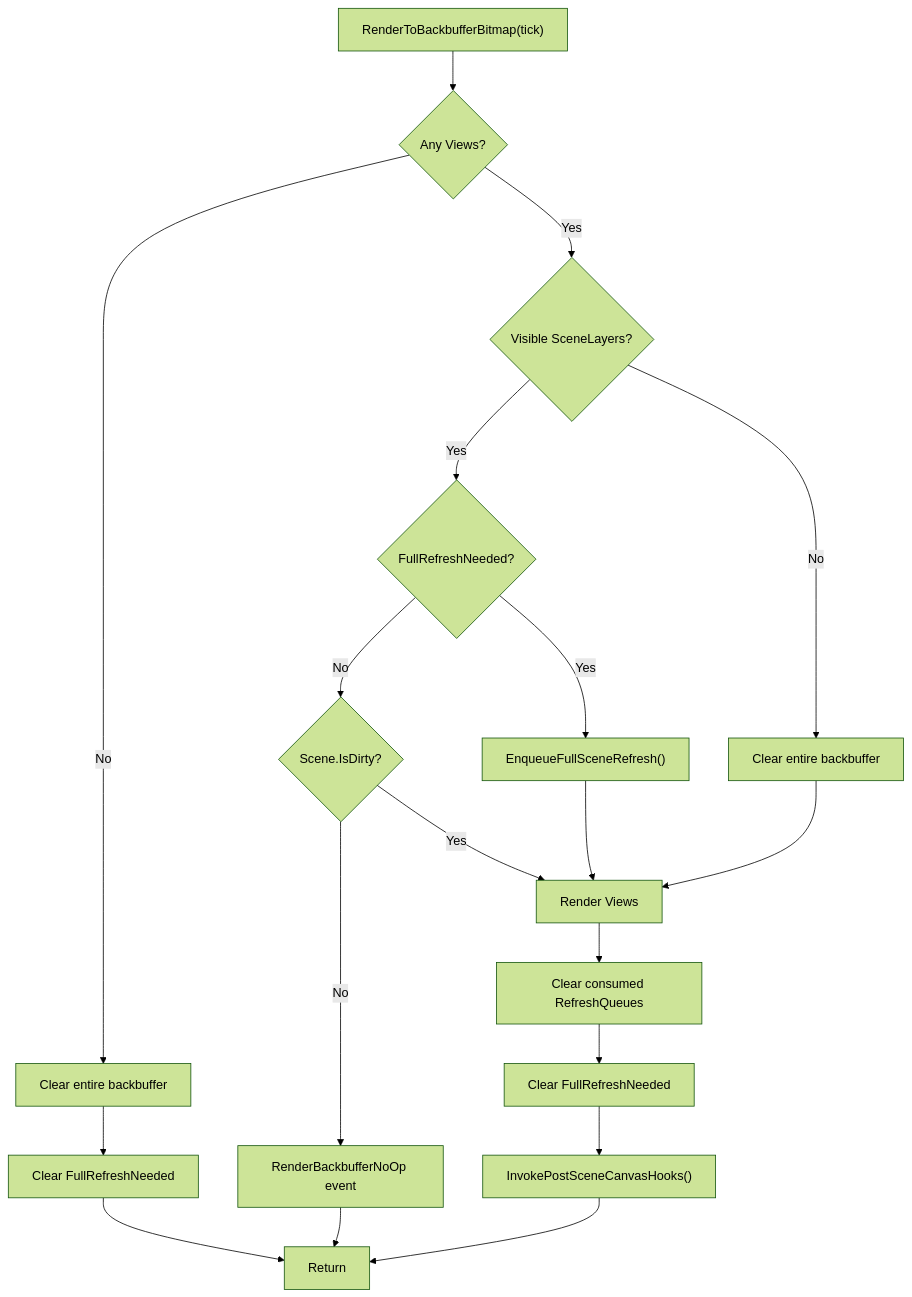
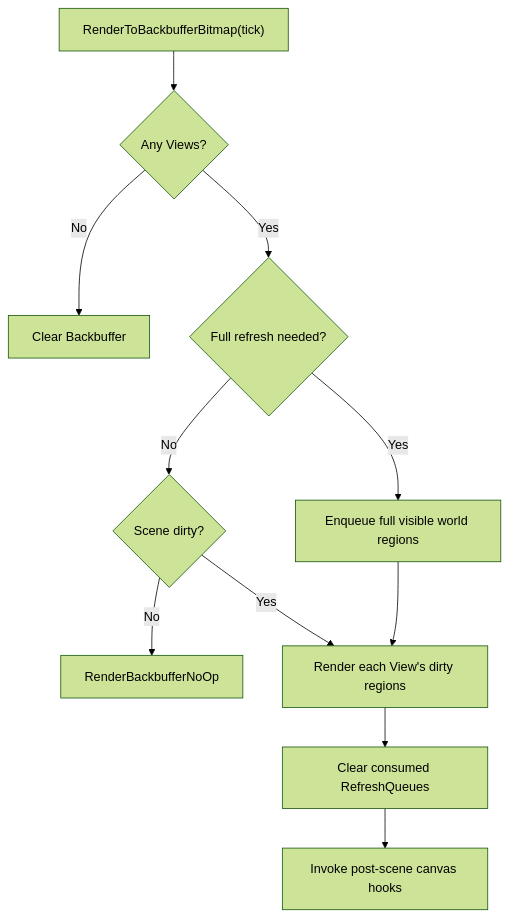
The third of 4 diagrams in docs/wiki/Bitmap-Rendering-Path.md (Isthimius/Gondwana), drawn with Mermaid (forest theme) before and after one commit. The commit also changed other lines of this file, not shown here.

````diff
--- a/docs/wiki/Bitmap-Rendering-Path.md
+++ b/docs/wiki/Bitmap-Rendering-Path.md
@@ -133,24 +113,13 @@
 ```mermaid
 flowchart TD
     A["RenderToBackbufferBitmap(tick)"] --> B{"Any Views?"}
-    B -- No --> C["Clear entire backbuffer"]
-    C --> D["Clear FullRefreshNeeded"]
-    D --> Z["Return"]
-
-    B -- Yes --> E{"Visible SceneLayers?"}
-    E -- No --> F["Clear entire backbuffer"]
-    E -- Yes --> G{"FullRefreshNeeded?"}
-
-    G -- Yes --> H["EnqueueFullSceneRefresh()"]
-    G -- No --> I{"Scene.IsDirty?"}
-    I -- No --> J["RenderBackbufferNoOp event"]
-    J --> Z
-    I -- Yes --> K["Render Views"]
-    H --> K
-    F --> K
-
-    K --> L["Clear consumed RefreshQueues"]
-    L --> M["Clear FullRefreshNeeded"]
-    M --> N["InvokePostSceneCanvasHooks()"]
-    N --> Z
+    B -- No --> C["Clear Backbuffer"]
+    B -- Yes --> D{"Full refresh needed?"}
+    D -- Yes --> E["Enqueue full visible world regions"]
+    D -- No --> F{"Scene dirty?"}
+    F -- No --> G["RenderBackbufferNoOp"]
+    F -- Yes --> H["Render each View's dirty regions"]
+    E --> H
+    H --> I["Clear consumed RefreshQueues"]
+    I --> J["Invoke post-scene canvas hooks"]
 ```
````
